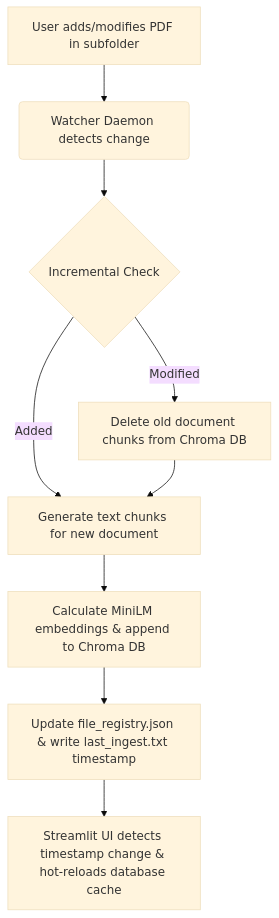
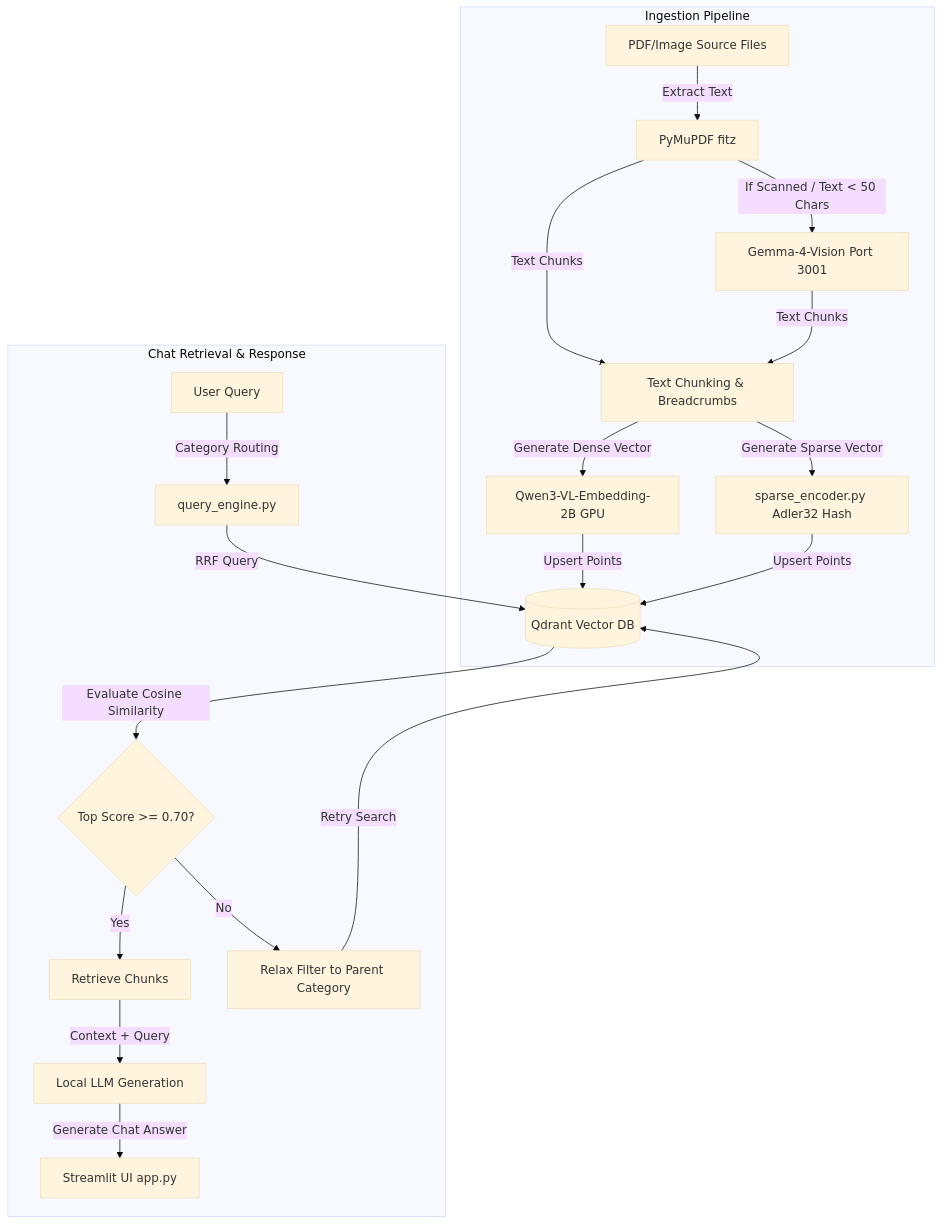
One commit to dhsonu1-prog/rag-chatbot changed the diagram in README.md. Above: the diagram before and after it, drawn with Mermaid (base theme). The commit also changed other lines of this file and 3 other files, not shown here.

````diff
--- a/README.md
+++ b/README.md
@@ -48,11 +25,22 @@
 ```mermaid
 graph TD
-    A[User adds/modifies PDF in subfolder] --> B(Watcher Daemon detects change)
-    B --> C{Incremental Check}
-    C -->|Modified| D[Delete old document chunks from Chroma DB]
-    C -->|Added| E[Generate text chunks for new document]
-    D --> E
-    E --> F[Calculate MiniLM embeddings & append to Chroma DB]
-    F --> G[Update file_registry.json & write last_ingest.txt timestamp]
-    G --> H[Streamlit UI detects timestamp change & hot-reloads database cache]
+    subgraph Ingestion Pipeline
+        A[PDF/Image Source Files] -->|Extract Text| B[PyMuPDF fitz]
+        B -->|If Scanned / Text < 50 Chars| C[Gemma-4-Vision Port 3001]
+        B & C -->|Text Chunks| D[Text Chunking & Breadcrumbs]
+        D -->|Generate Dense Vector| E[Qwen3-VL-Embedding-2B GPU]
+        D -->|Generate Sparse Vector| F[sparse_encoder.py Adler32 Hash]
+        E & F -->|Upsert Points| G[(Qdrant Vector DB)]
+    end
+
+    subgraph Chat Retrieval & Response
+        H[User Query] -->|Category Routing| I[query_engine.py]
+        I -->|RRF Query| G
+        G -->|Evaluate Cosine Similarity| J{Top Score >= 0.70?}
+        J -->|Yes| K[Retrieve Chunks]
+        J -->|No| L[Relax Filter to Parent Category]
+        L -->|Retry Search| G
+        K -->|Context + Query| M[Local LLM Generation]
+        M -->|Generate Chat Answer| N[Streamlit UI app.py]
+    end
 ```
````
